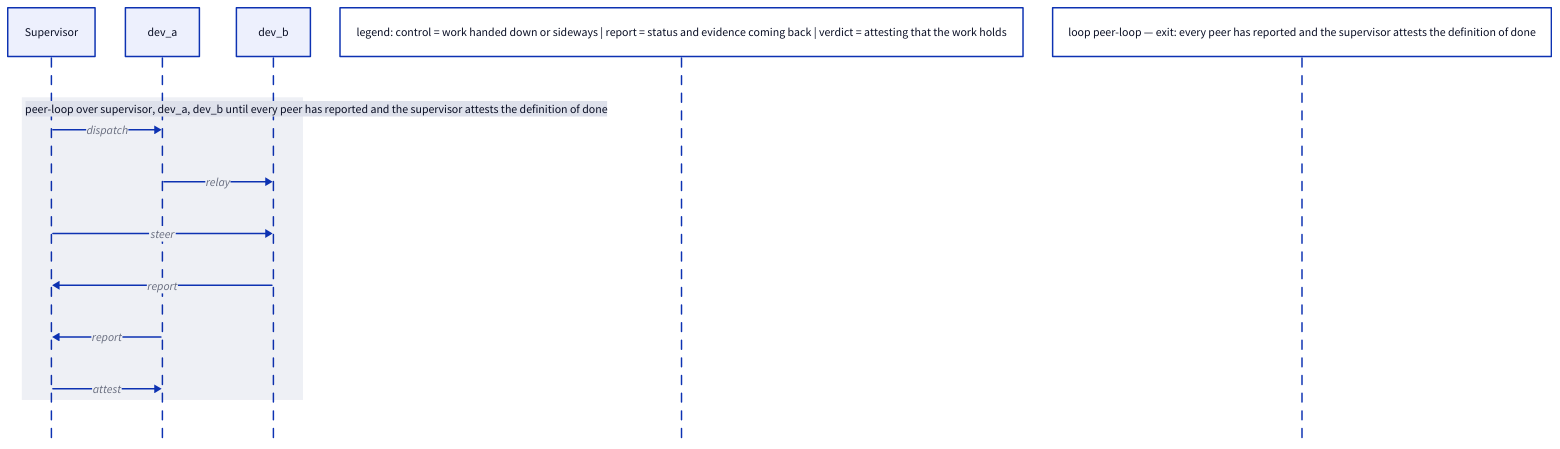
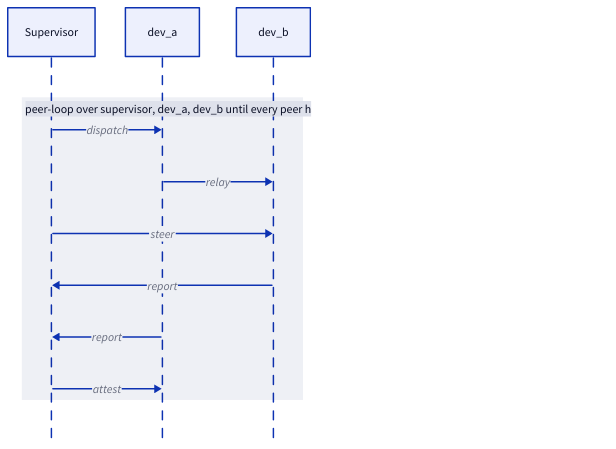
The diagram in generated/peer-system/behaviour.d2 (afshinator/diagram-spec), drawn with D2 before and after one commit. The commit also changed 3 other files, not shown here.

Commit message:
fix: stop d2 sequence annotations from inventing participants

```diff
--- a/generated/peer-system/behaviour.d2
+++ b/generated/peer-system/behaviour.d2
@@ -1,18 +1,16 @@
 # generated by dspec from diagram-content.yaml — do not edit
 # title: Supervisor and peers — who dispatches, who reports, and what ends the run
 # reading: top-down
+# legend: control = work handed down or sideways | report = status and evidence coming back | verdict = attesting that the work holds
 shape: sequence_diagram
 supervisor: "Supervisor"
 dev_a: "dev_a"
 dev_b: "dev_b"
-note over supervisor, dev_b: "Supervisor and peers — who dispatches, who reports, and what ends the run"
 group: "peer-loop over supervisor, dev_a, dev_b until every peer has reported and the supervisor attests the definition of done" {
 supervisor -> dev_a: "dispatch"
 dev_a -> dev_b: "relay"
 supervisor -> dev_b: "steer"
 dev_b -> supervisor: "report"
 dev_a -> supervisor: "report"
 supervisor -> dev_a: "attest"
 }
-note over supervisor, dev_a, dev_b: "loop peer-loop — exit: every peer has reported and the supervisor attests the definition of done"
-note over supervisor, dev_b: "legend: control = work handed down or sideways | report = status and evidence coming back | verdict = attesting that the work holds"
```
